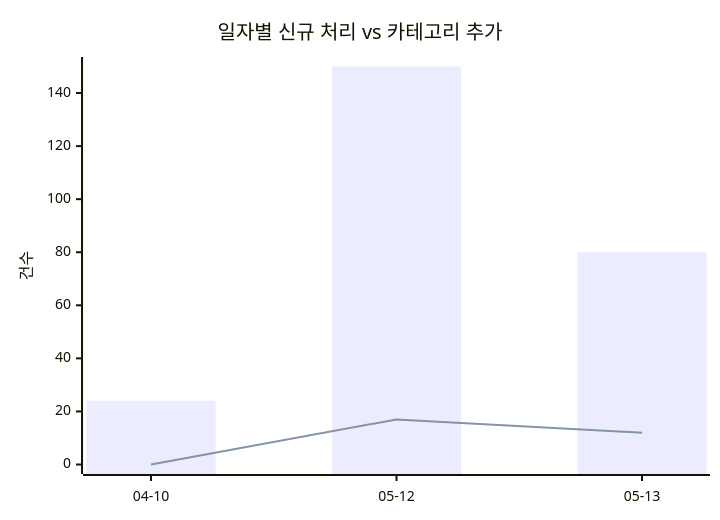
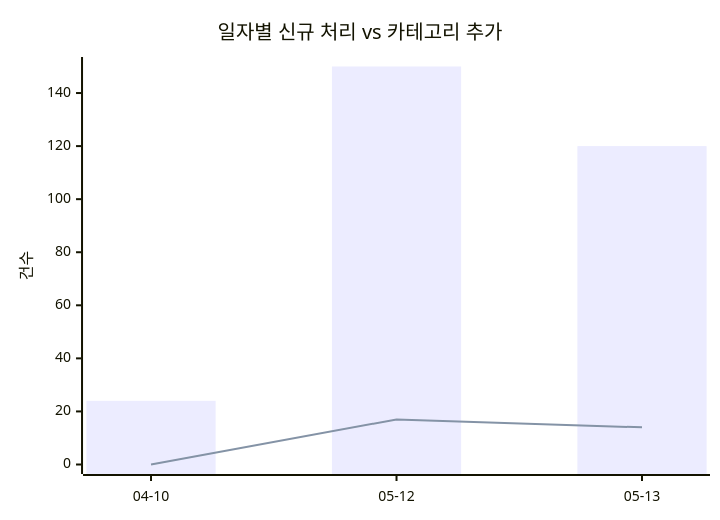
The first of 2 diagrams in docs/trends.md (J-nowcow/awesome-korean-agent-skills), drawn with Mermaid before and after one commit. The commit also changed other lines of this file and 5 other files, not shown here.

````diff
--- a/docs/trends.md
+++ b/docs/trends.md
@@ -32,8 +32,8 @@
 ```mermaid
 xychart-beta
     title "일자별 신규 처리 vs 카테고리 추가"
     x-axis ["04-10","05-12","05-13"]
     y-axis "건수"
-    bar [24,150,80]
-    line [0,17,12]
+    bar [24,150,120]
+    line [0,17,14]
 ```
````
